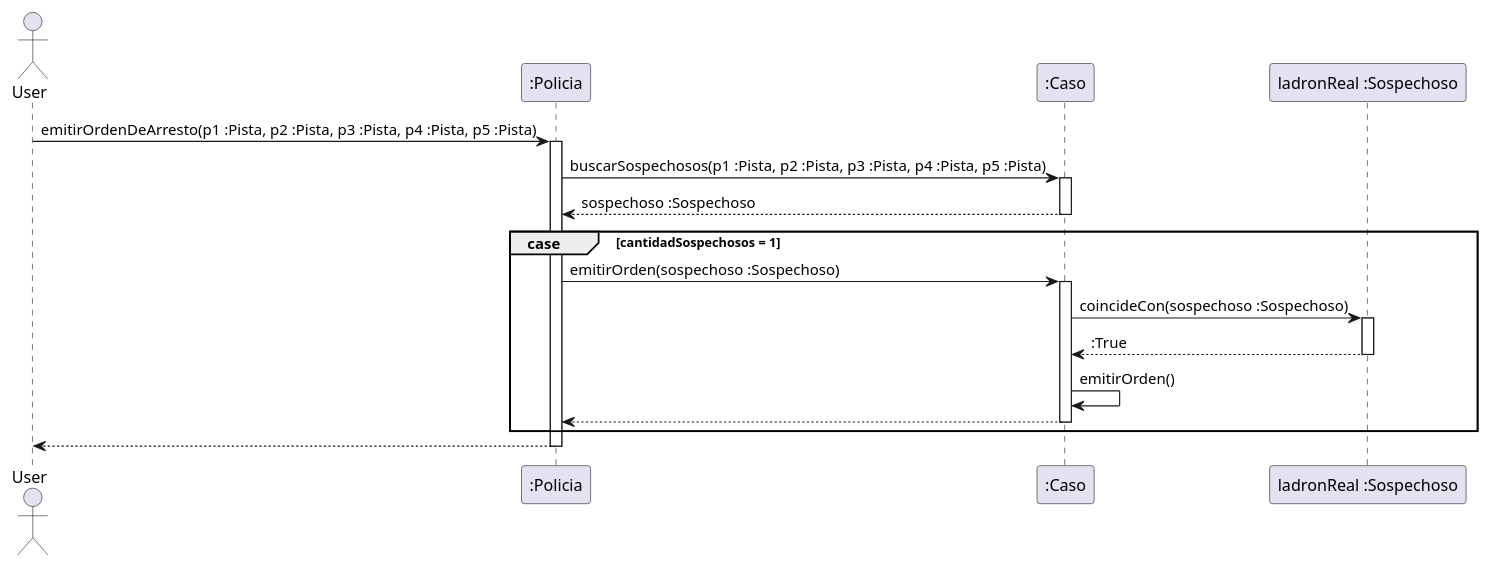
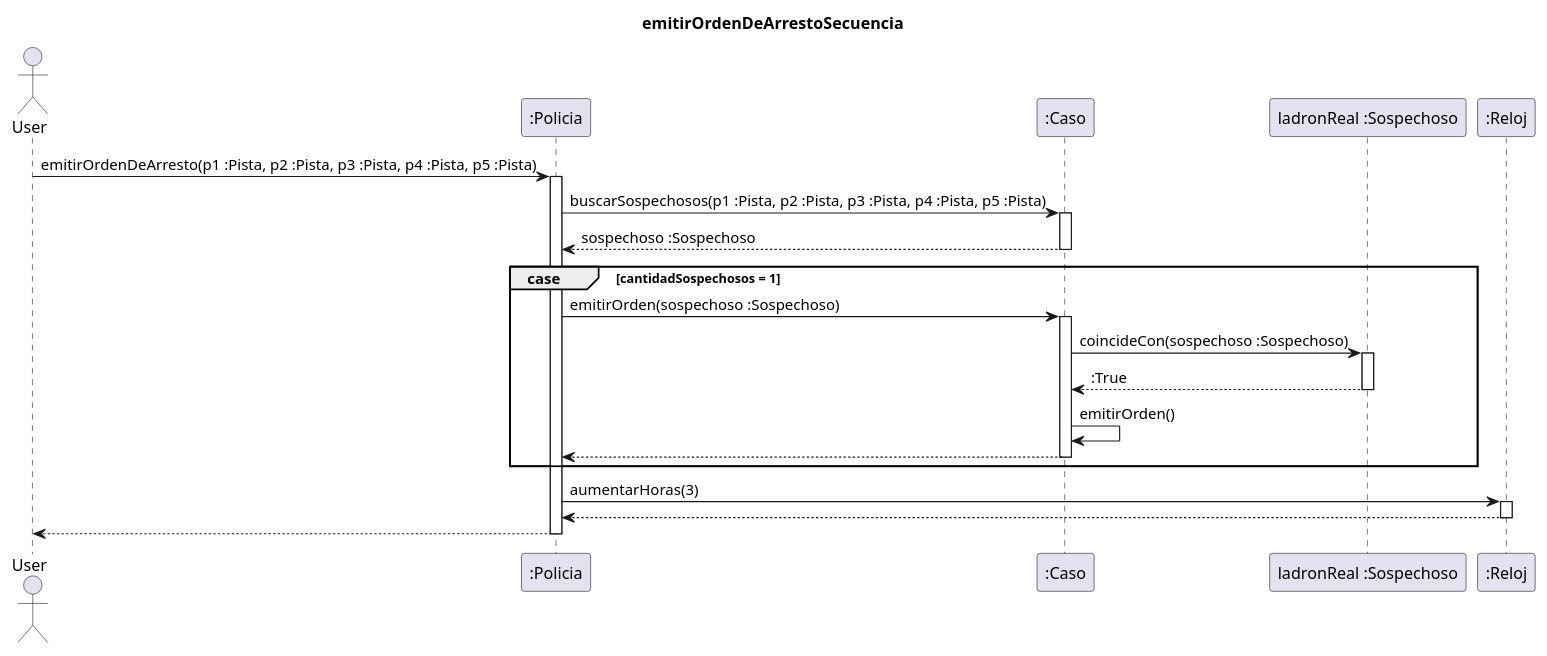
One commit to Nicolas-Bravo/algo3_tp2 changed the diagram in diagrams/sequences/emitirOrdenDeArrestoSecuencia.plantuml. Above: the diagram before and after it, drawn with PlantUML. The commit also changed 5 other files, not shown here.

Commit message:
diagramas orden de arresto

```diff
--- a/diagrams/sequences/emitirOrdenDeArrestoSecuencia.plantuml
+++ b/diagrams/sequences/emitirOrdenDeArrestoSecuencia.plantuml
@@ -1,35 +1,43 @@
 @startuml
+
+title emitirOrdenDeArrestoSecuencia
 
 Actor User
 
 User -> ":Policia" : emitirOrdenDeArresto(p1 :Pista, p2 :Pista, p3 :Pista, p4 :Pista, p5 :Pista)
 Activate ":Policia"
 
 ":Policia" -> ":Caso" : buscarSospechosos(p1 :Pista, p2 :Pista, p3 :Pista, p4 :Pista, p5 :Pista)
 activate ":Caso"
 
 ":Caso" --> ":Policia" : sospechoso :Sospechoso
 deactivate ":Caso"
 
 group case [cantidadSospechosos = 1]
 
     ":Policia" -> ":Caso" : emitirOrden(sospechoso :Sospechoso)
     activate ":Caso"
 
     ":Caso" -> "ladronReal :Sospechoso" : coincideCon(sospechoso :Sospechoso)
     activate "ladronReal :Sospechoso"
 
     "ladronReal :Sospechoso" --> ":Caso" : :True
     deactivate "ladronReal :Sospechoso"
 
     ":Caso" -> ":Caso" : emitirOrden()
 
     ":Caso" --> ":Policia"
     deactivate ":Caso"
 
 end
 
+":Policia" -> ":Reloj" : aumentarHoras(3)
+activate ":Reloj"
+
+":Reloj" --> ":Policia"
+deactivate ":Reloj"
+
 ":Policia" --> User
 deactivate ":Policia"
 
 @enduml
```
